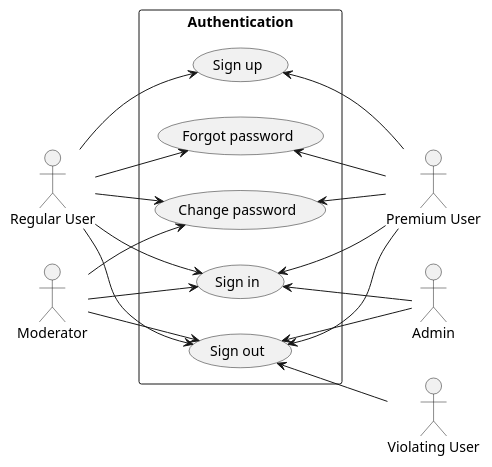
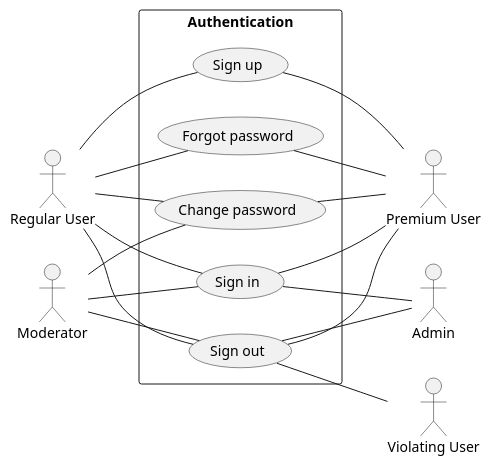
Before and after one commit to dkdeptrai/SE357-Practice_Class: the diagram in Lab1/Lab1.2/usecase_diagram/use_case_authentication.puml, drawn with PlantUML. The commit also changed 6 other files, not shown here.

Commit message:
chore: remove arrows in use case diagram

```diff
--- a/Lab1/Lab1.2/usecase_diagram/use_case_authentication.puml
+++ b/Lab1/Lab1.2/usecase_diagram/use_case_authentication.puml
@@ -1,36 +1,36 @@
 @startuml
 :Regular User: as ru
 :Violating User: as vu
 :Premium User: as pu
 :Moderator: as mod
 :Admin: as ad
 
 left to right direction
 rectangle Authentication {
   (Sign in) as signIn
   (Sign up) as signUp
   (Forgot password) as forgotPassword
   (Change password) as changePassword
   (Sign out) as signOut
 }
 
-ru --> signIn
-ru --> signUp
-ru --> forgotPassword
-ru --> changePassword
-ru --> signOut
+ru -- signIn
+ru -- signUp
+ru -- forgotPassword
+ru -- changePassword
+ru -- signOut
 
-signOut <-- vu
+signOut -- vu
 
-signIn <-- pu
-signUp <-- pu
-forgotPassword <-- pu
-changePassword <-- pu
-signOut <-- pu
+signIn -- pu
+signUp -- pu
+forgotPassword -- pu
+changePassword -- pu
+signOut -- pu
 
-mod --> signIn
-mod --> changePassword
-mod --> signOut
-signIn <-- ad
-signOut <-- ad
+mod -- signIn
+mod -- changePassword
+mod -- signOut
+signIn -- ad
+signOut -- ad
 @enduml
```
